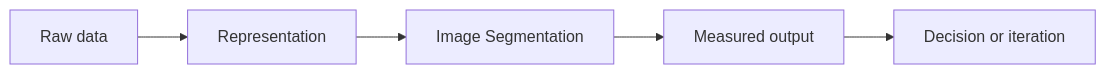
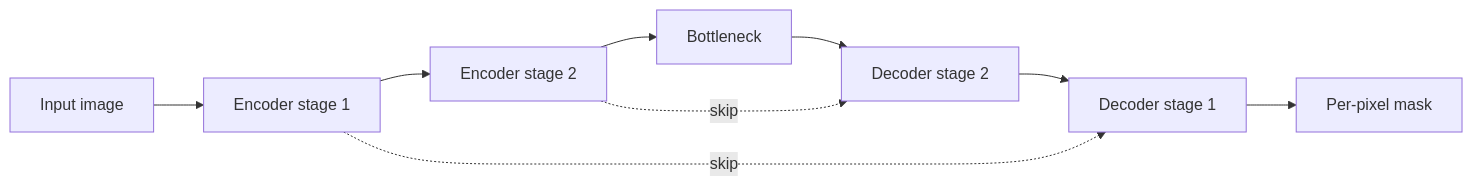
Before and after one commit to Icon1cc/Machine-Learning: the diagram in computer-vision/06-image-segmentation.md, drawn with Mermaid. The commit also changed other lines of this file and 264 other files, not shown here.

````diff
--- a/computer-vision/06-image-segmentation.md
+++ b/computer-vision/06-image-segmentation.md
@@ -92,7 +306,11 @@
 ```mermaid
 flowchart LR
-    A[Raw data] --> B[Representation]
-    B --> C[Image Segmentation]
-    C --> D[Measured output]
-    D --> E[Decision or iteration]
+    I[Input image] --> E1[Encoder stage 1]
+    E1 --> E2[Encoder stage 2]
+    E2 --> E3[Bottleneck]
+    E3 --> D2[Decoder stage 2]
+    E2 -.->|skip| D2
+    D2 --> D1[Decoder stage 1]
+    E1 -.->|skip| D1
+    D1 --> O[Per-pixel mask]
 ```
````
